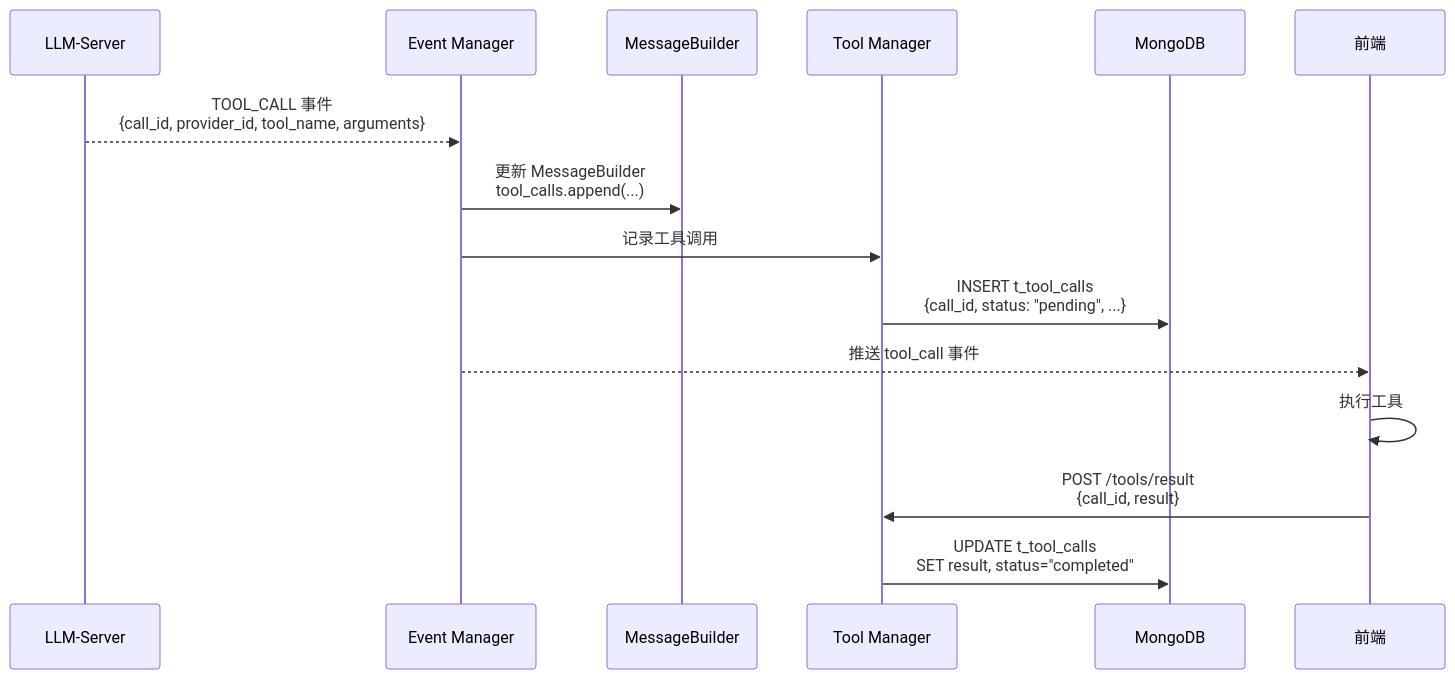
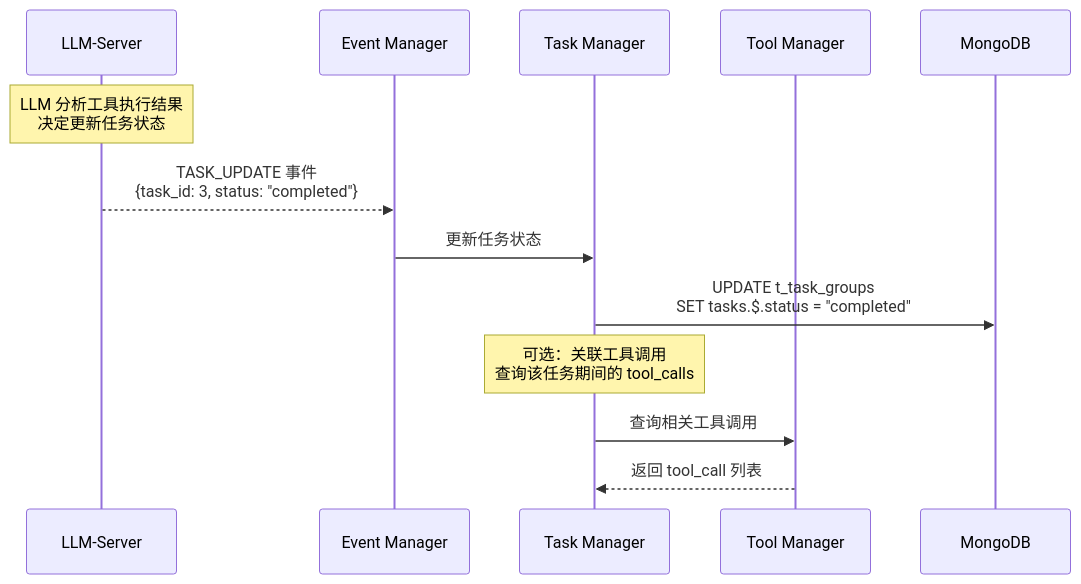
Before and after one commit to yingjianzh/iodraw-files: the diagram in all/未命名-10.md, drawn with Mermaid.

Commit message:
2025-12-24 17:52:35 update

````diff
--- a/all/未命名-10.md
+++ b/all/未命名-10.md
@@ -1,25 +1,21 @@
 ```mermaid
 sequenceDiagram
     participant LLM as LLM-Server
     participant EM as Event Manager
-    participant Builder as MessageBuilder
+    participant TaskMgr as Task Manager
     participant ToolMgr as Tool Manager
     participant DB as MongoDB
-    participant FE as 前端
 
-    LLM-->>EM: TOOL_CALL 事件<br/>{call_id, provider_id, tool_name, arguments}
+    Note over LLM: LLM 分析工具执行结果<br/>决定更新任务状态
     
-    EM->>Builder: 更新 MessageBuilder<br/>tool_calls.append(...)
+    LLM-->>EM: TASK_UPDATE 事件<br/>{task_id: 3, status: "completed"}
     
-    EM->>ToolMgr: 记录工具调用
+    EM->>TaskMgr: 更新任务状态
     
-    ToolMgr->>DB: INSERT t_tool_calls<br/>{call_id, status: "pending", ...}
+    TaskMgr->>DB: UPDATE t_task_groups<br/>SET tasks.$.status = "completed"
     
-    EM-->>FE: 推送 tool_call 事件
+    Note over TaskMgr: 可选：关联工具调用<br/>查询该任务期间的 tool_calls
     
-    FE->>FE: 执行工具
-    
-    FE->>ToolMgr: POST /tools/result<br/>{call_id, result}
-    
-    ToolMgr->>DB: UPDATE t_tool_calls<br/>SET result, status="completed"
+    TaskMgr->>ToolMgr: 查询相关工具调用
+    ToolMgr-->>TaskMgr: 返回 tool_call 列表
 ```
````
